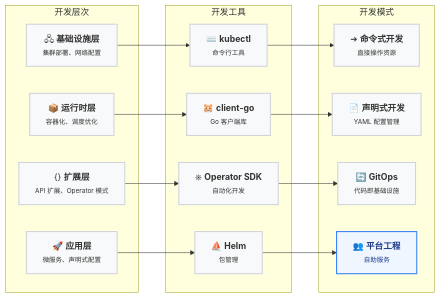
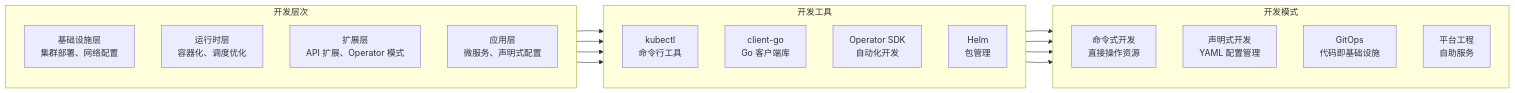
One commit to shenghongio/blogio changed the diagram in content/series/kubernetes-tutorial/overview.md. Above: the diagram before and after it, drawn with Mermaid. The commit also changed 19 other files, not shown here.

````diff
--- a/content/series/kubernetes-tutorial/overview.md
+++ b/content/series/kubernetes-tutorial/overview.md
@@ -20,33 +20,32 @@
 ```mermaid
+%% caption: 图 1：Kubernetes 开发生态全景：开发层次、开发工具与开发模式
 flowchart LR
-    classDef default fill:#f8f9fa,stroke:#d1d5db,stroke-width:2px,color:#333;
-    classDef highlight fill:#eff6ff,stroke:#3b82f6,stroke-width:2px,color:#1e3a8a;
-
-    subgraph Layer["开发层次"]
-        L1["🖧 <b>基础设施层</b><br/><span style='font-size:12px;color:#666'>集群部署、网络配置</span>"]
-        L2["📦 <b>运行时层</b><br/><span style='font-size:12px;color:#666'>容器化、调度优化</span>"]
-        L3["{} <b>扩展层</b><br/><span style='font-size:12px;color:#666'>API 扩展、Operator 模式</span>"]
-        L4["🚀 <b>应用层</b><br/><span style='font-size:12px;color:#666'>微服务、声明式配置</span>"]
+    subgraph Layer [开发层次]
+        direction TB
+        L1[基础设施层<br>集群部署、网络配置]
+        L2[运行时层<br>容器化、调度优化]
+        L3[扩展层<br>API 扩展、Operator 模式]
+        L4[应用层<br>微服务、声明式配置]
     end
 
-    subgraph Tool["开发工具"]
-        T1["⌨️ <b>kubectl</b><br/><span style='font-size:12px;color:#666'>命令行工具</span>"]
-        T2["🐹 <b>client-go</b><br/><span style='font-size:12px;color:#666'>Go 客户端库</span>"]
-        T3["⎈ <b>Operator SDK</b><br/><span style='font-size:12px;color:#666'>自动化开发</span>"]
-        T4["⛵ <b>Helm</b><br/><span style='font-size:12px;color:#666'>包管理</span>"]
+    subgraph Tool [开发工具]
+        direction TB
+        T1[kubectl<br>命令行工具]
+        T2[client-go<br>Go 客户端库]
+        T3[Operator SDK<br>自动化开发]
+        T4[Helm<br>包管理]
     end
 
-    subgraph Mode["开发模式"]
-        M1["➔ <b>命令式开发</b><br/><span style='font-size:12px;color:#666'>直接操作资源</span>"]
-        M2["📄 <b>声明式开发</b><br/><span style='font-size:12px;color:#666'>YAML 配置管理</span>"]
-        M3["🔄 <b>GitOps</b><br/><span style='font-size:12px;color:#666'>代码即基础设施</span>"]
-        M4["👥 <b>平台工程</b><br/><span style='font-size:12px;color:#666'>自助服务</span>"]
+    subgraph Mode [开发模式]
+        direction TB
+        M1[命令式开发<br>直接操作资源]
+        M2[声明式开发<br>YAML 配置管理]
+        M3[GitOps<br>代码即基础设施]
+        M4[平台工程<br>自助服务]
     end
 
     L1 --> T1 --> M1
     L2 --> T2 --> M2
     L3 --> T3 --> M3
     L4 --> T4 --> M4
-
-    class M4 highlight;
 ```
````
